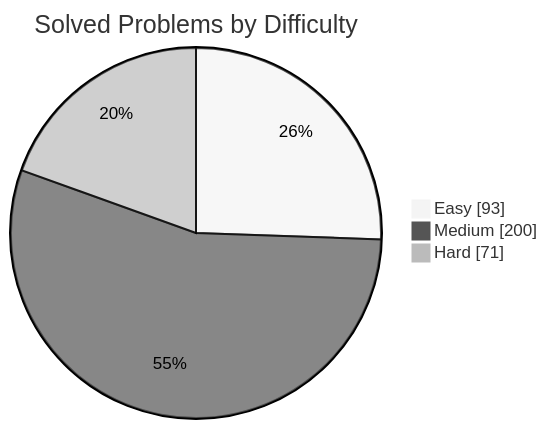
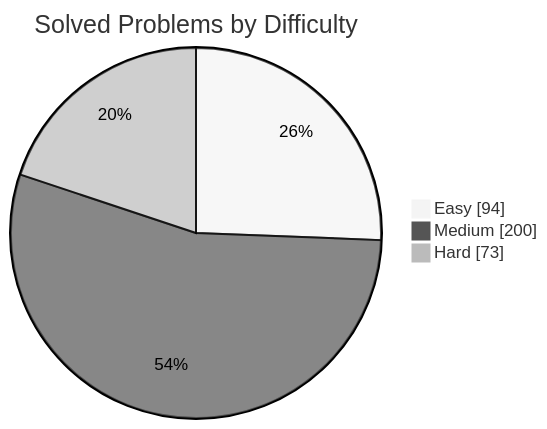
One commit to manikantbindass/DSA-Preparation-FAANG changed the first of 2 diagrams in README.md. Above: the diagram before and after it, drawn with Mermaid (neutral theme). The commit also changed other lines of this file and 1 other file, not shown here.

````diff
--- a/README.md
+++ b/README.md
@@ -77,7 +77,7 @@
 ```mermaid
 pie showData
     title Solved Problems by Difficulty
-    "Easy" : 93
+    "Easy" : 94
     "Medium" : 200
-    "Hard" : 71
+    "Hard" : 73
 ```
````
